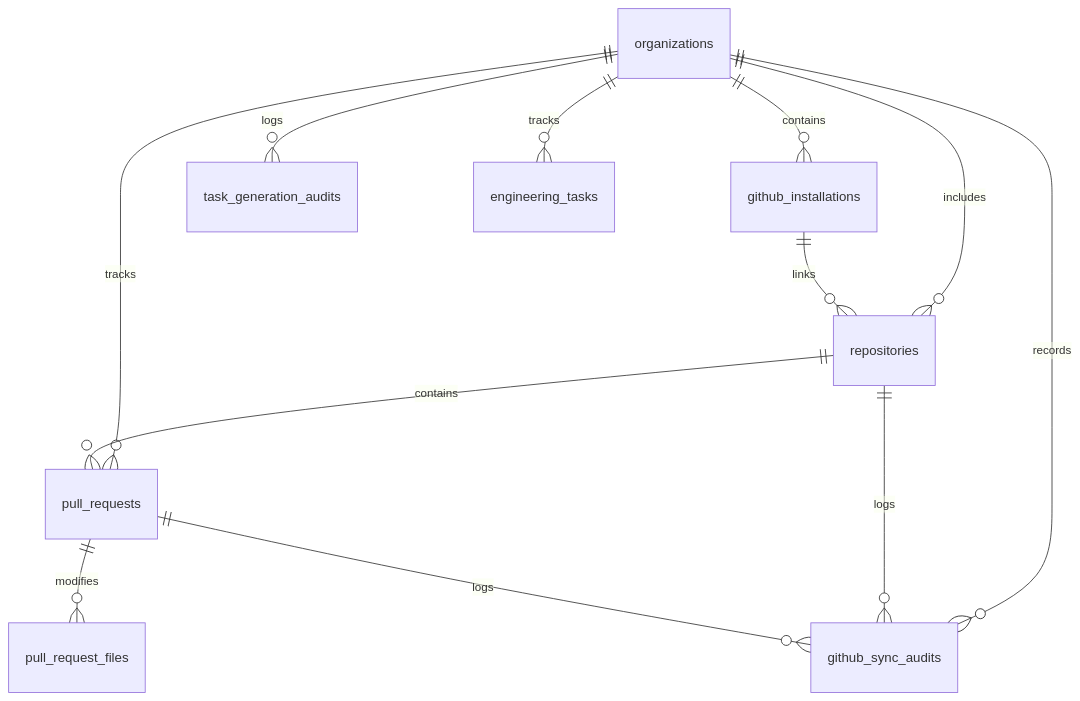
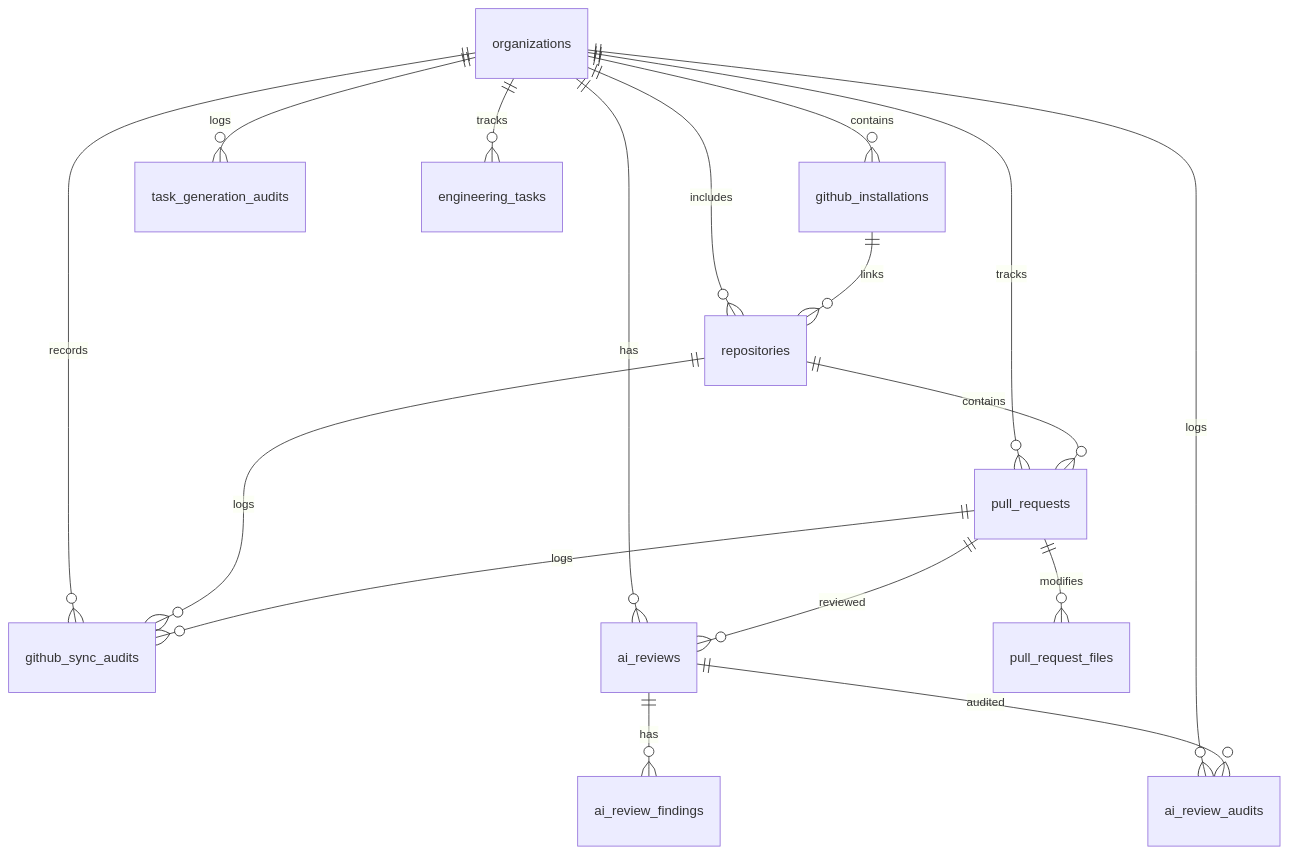
The first of 7 diagrams in README.md (Satya7250/Launchly), drawn with Mermaid before and after one commit. The commit also changed other lines of this file and 19 other files, not shown here.

````diff
--- a/README.md
+++ b/README.md
@@ -115,15 +115,20 @@
 ```mermaid
 erDiagram
     organizations ||--o{ github_installations : contains
     organizations ||--o{ github_sync_audits : records
     organizations ||--o{ repositories : includes
     organizations ||--o{ pull_requests : tracks
     organizations ||--o{ task_generation_audits : logs
     organizations ||--o{ engineering_tasks : tracks
+    organizations ||--o{ ai_reviews : has
+    organizations ||--o{ ai_review_audits : logs
 
     github_installations ||--o{ repositories : links
     repositories ||--o{ pull_requests : contains
     repositories ||--o{ github_sync_audits : logs
     pull_requests ||--o{ pull_request_files : modifies
     pull_requests ||--o{ github_sync_audits : logs
+    pull_requests ||--o{ ai_reviews : reviewed
+    ai_reviews ||--o{ ai_review_findings : has
+    ai_reviews ||--o{ ai_review_audits : audited
 ```
````
